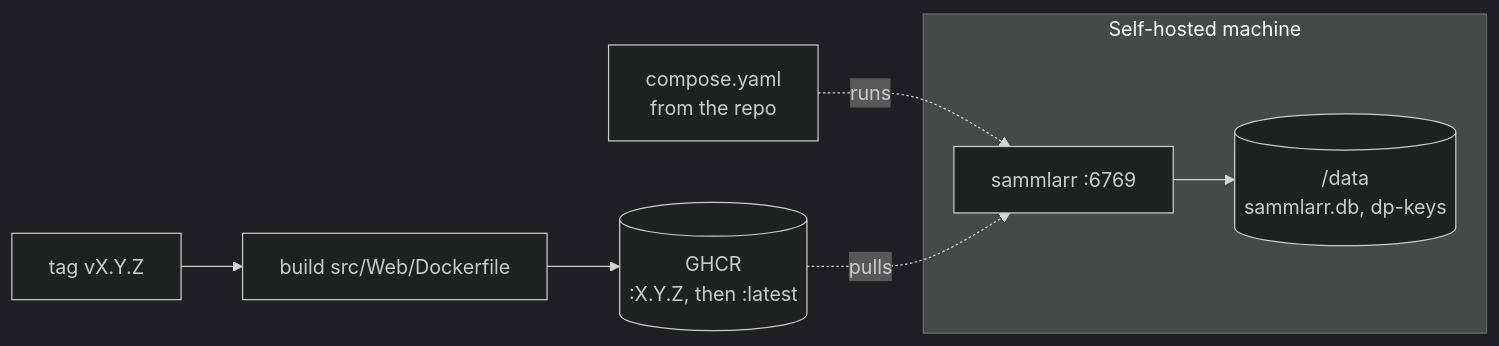
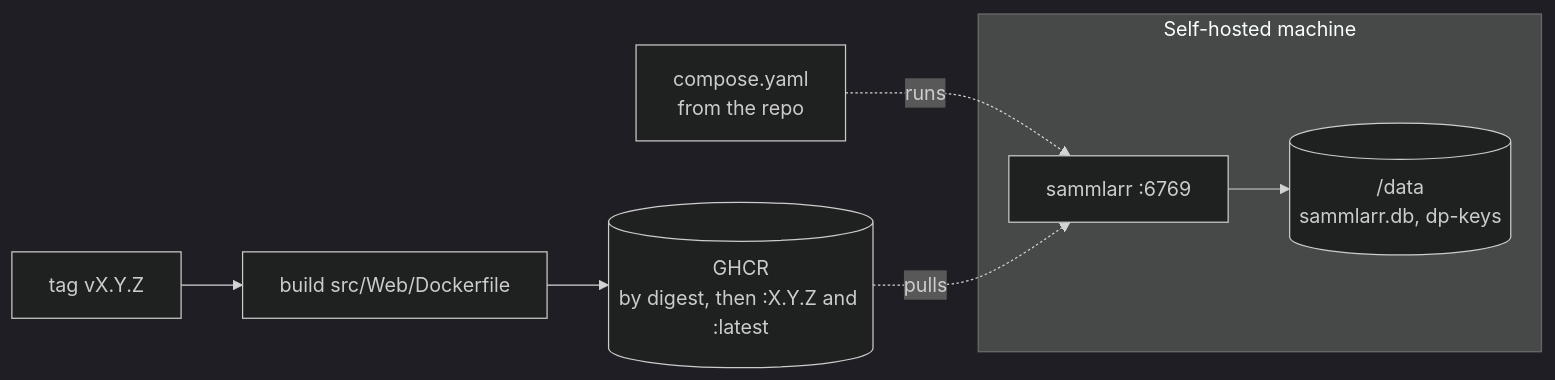
The second of 2 diagrams in docs/architecture/sections/05-deployment.md (daerup/Sammlarr), drawn with Mermaid (dark theme) before and after one commit. The commit also changed other lines of this file and 18 other files, not shown here.

````diff
--- a/docs/architecture/sections/05-deployment.md
+++ b/docs/architecture/sections/05-deployment.md
@@ -65,11 +65,11 @@
 ```mermaid
 flowchart LR
   tag["tag vX.Y.Z"] --> build["build src/Web/Dockerfile"]
-  build --> ghcr[("GHCR<br/>:X.Y.Z, then :latest")]
+  build --> ghcr[("GHCR<br/>by digest, then :X.Y.Z and :latest")]
   compose["compose.yaml<br/>from the repo"]
   subgraph server["Self-hosted machine"]
     web["sammlarr :6769"] --> vol[("/data<br/>sammlarr.db, dp-keys")]
   end
   compose -.->|runs| web
   ghcr -.->|pulls| web
 ```
````
